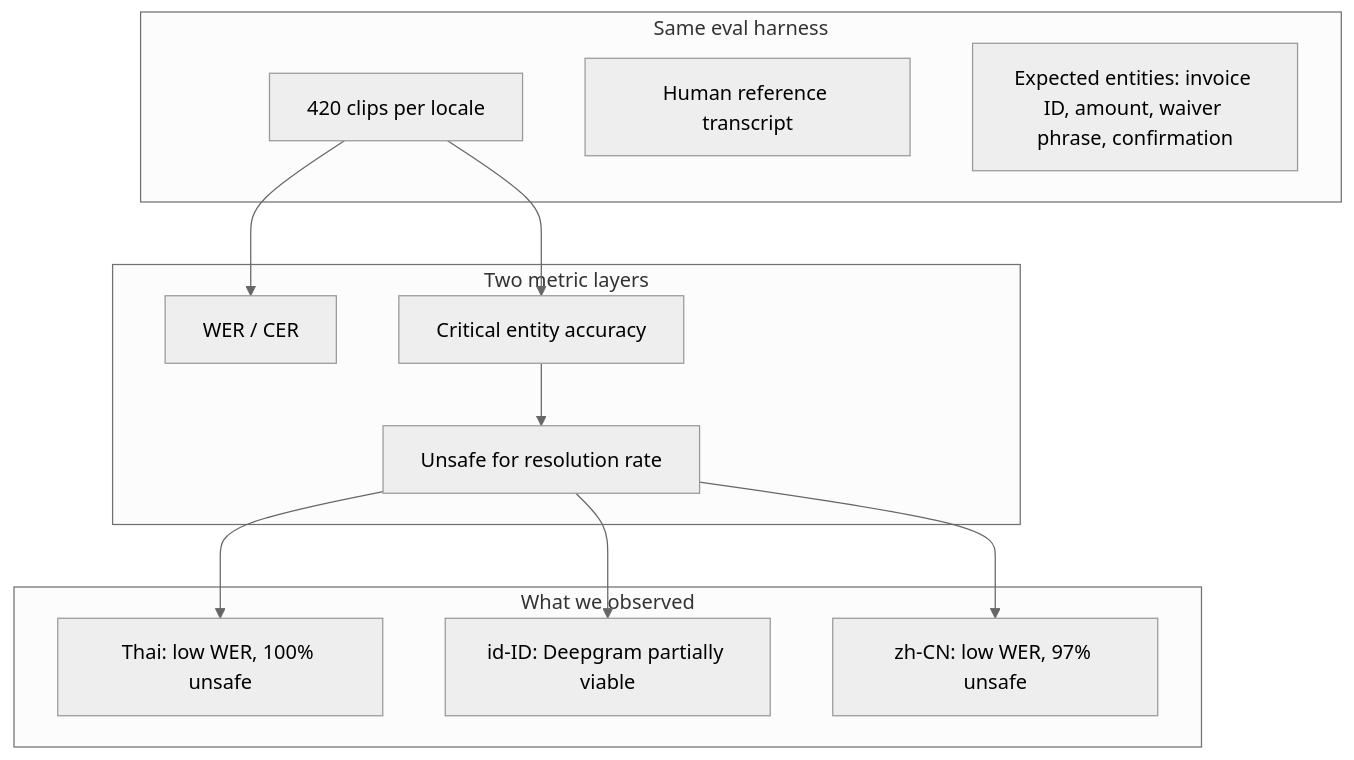
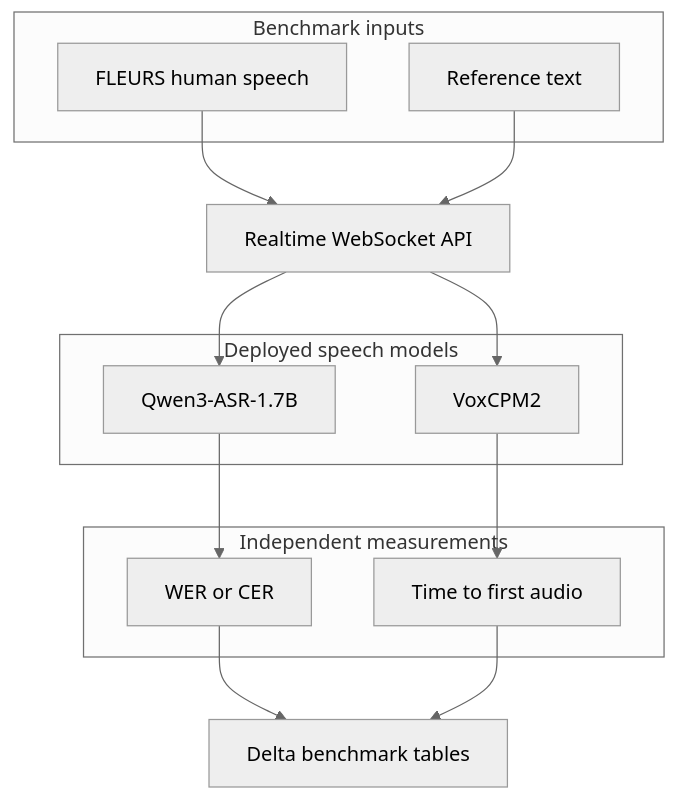
The diagram in docs/blog/assets/genie-for-voice-use-cases/diagram-01.mmd (suneelsunkara-db/genie-voice-agent), drawn with Mermaid (neutral theme) before and after one commit. The commit also changed 18 other files, not shown here.

```diff
--- a/docs/blog/assets/genie-for-voice-use-cases/diagram-01.mmd
+++ b/docs/blog/assets/genie-for-voice-use-cases/diagram-01.mmd
@@ -1,25 +1,19 @@
 flowchart TB
-    subgraph inputs [Same eval harness]
-        A[420 clips per locale]
-        B[Human reference transcript]
-        C[Expected entities: invoice ID, amount, waiver phrase, confirmation]
+    subgraph inputs [Benchmark inputs]
+        A[FLEURS human speech]
+        E[Reference text]
     end
-
-    subgraph metrics [Two metric layers]
-        D[WER / CER]
-        E[Critical entity accuracy]
-        F[Unsafe for resolution rate]
+    B[Realtime WebSocket API]
+    subgraph models [Deployed speech models]
+        C[Qwen3-ASR-1.7B]
+        F[VoxCPM2]
     end
-
-    subgraph outcomes [What we observed]
-        G[Thai: low WER, 100% unsafe]
-        H[id-ID: Deepgram partially viable]
-        I[zh-CN: low WER, 97% unsafe]
+    subgraph measures [Independent measurements]
+        D[WER or CER]
+        G[Time to first audio]
     end
-
-    A --> D
-    A --> E
-    E --> F
-    F --> G
-    F --> H
-    F --> I
+    H[Delta benchmark tables]
+    A --> B
+    E --> B
+    B --> C --> D --> H
+    B --> F --> G --> H
```
